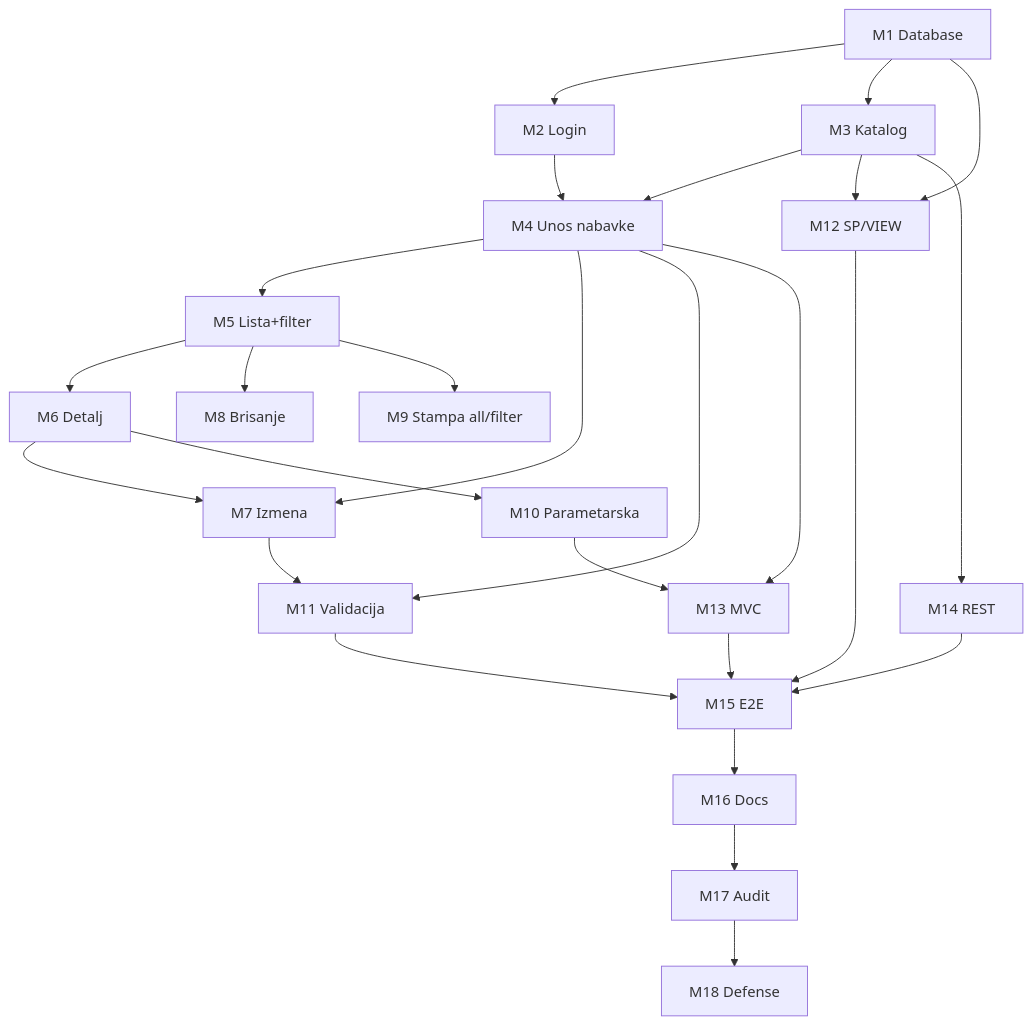
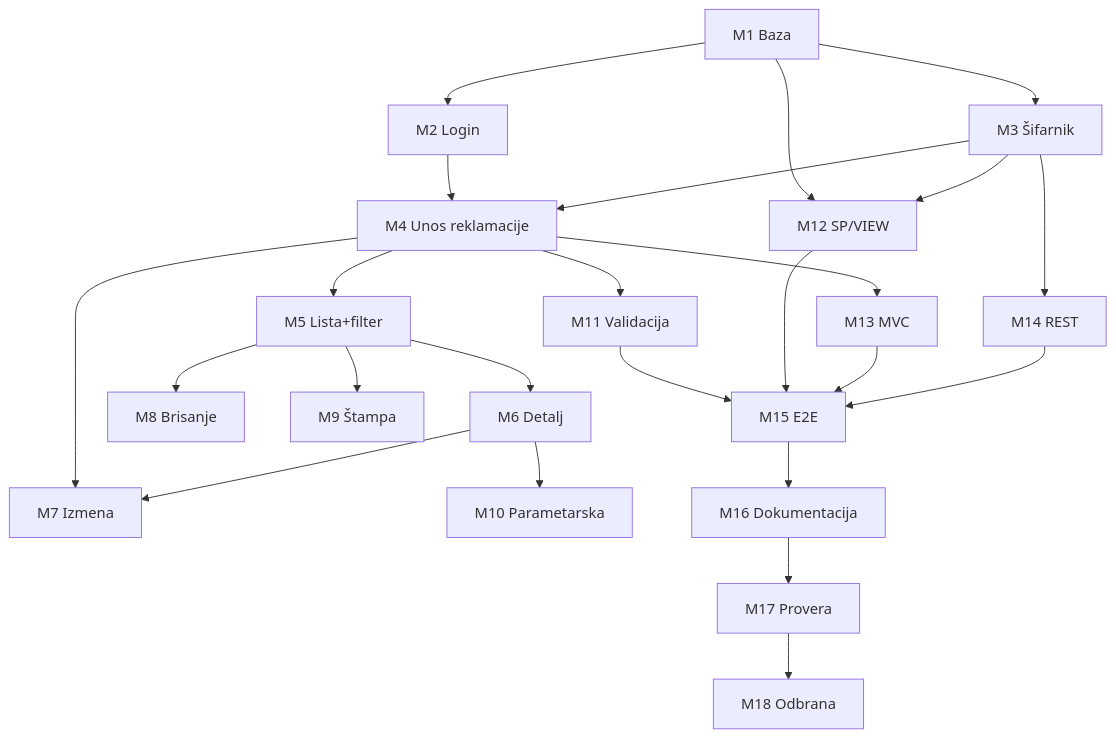
One commit to LazarMal/VP_Nabavka_Drustvenih_Igara changed the diagram in IMPLEMENTATION_PLAN.md. Above: the diagram before and after it, drawn with Mermaid. The commit also changed other lines of this file and 56 other files, not shown here.

````diff
--- a/IMPLEMENTATION_PLAN.md
+++ b/IMPLEMENTATION_PLAN.md
@@ -272,28 +200,26 @@
 ```mermaid
 flowchart TD
-  M1[M1 Database] --> M2[M2 Login]
-  M1 --> M3[M3 Katalog]
-  M2 --> M4[M4 Unos nabavke]
+  M1[M1 Baza] --> M2[M2 Login]
+  M1 --> M3[M3 Šifarnik]
+  M2 --> M4[M4 Unos reklamacije]
   M3 --> M4
   M4 --> M5[M5 Lista+filter]
   M5 --> M6[M6 Detalj]
   M4 --> M7[M7 Izmena]
   M6 --> M7
   M5 --> M8[M8 Brisanje]
-  M5 --> M9[M9 Stampa all/filter]
+  M5 --> M9[M9 Štampa]
   M6 --> M10[M10 Parametarska]
   M4 --> M11[M11 Validacija]
-  M7 --> M11
   M1 --> M12[M12 SP/VIEW]
   M3 --> M12
   M4 --> M13[M13 MVC]
-  M10 --> M13
   M3 --> M14[M14 REST]
   M11 --> M15[M15 E2E]
   M12 --> M15
   M13 --> M15
   M14 --> M15
-  M15 --> M16[M16 Docs]
-  M16 --> M17[M17 Audit]
-  M17 --> M18[M18 Defense]
+  M15 --> M16[M16 Dokumentacija]
+  M16 --> M17[M17 Provera]
+  M17 --> M18[M18 Odbrana]
 ```
````
